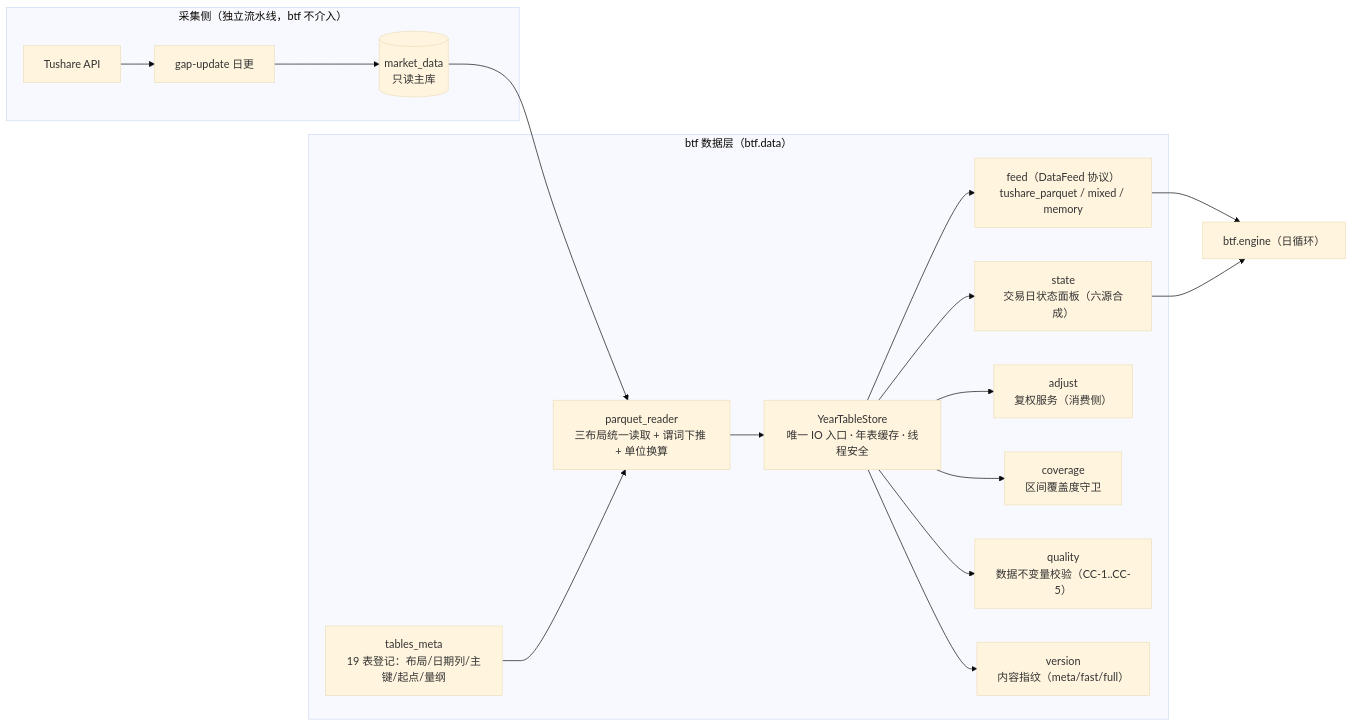
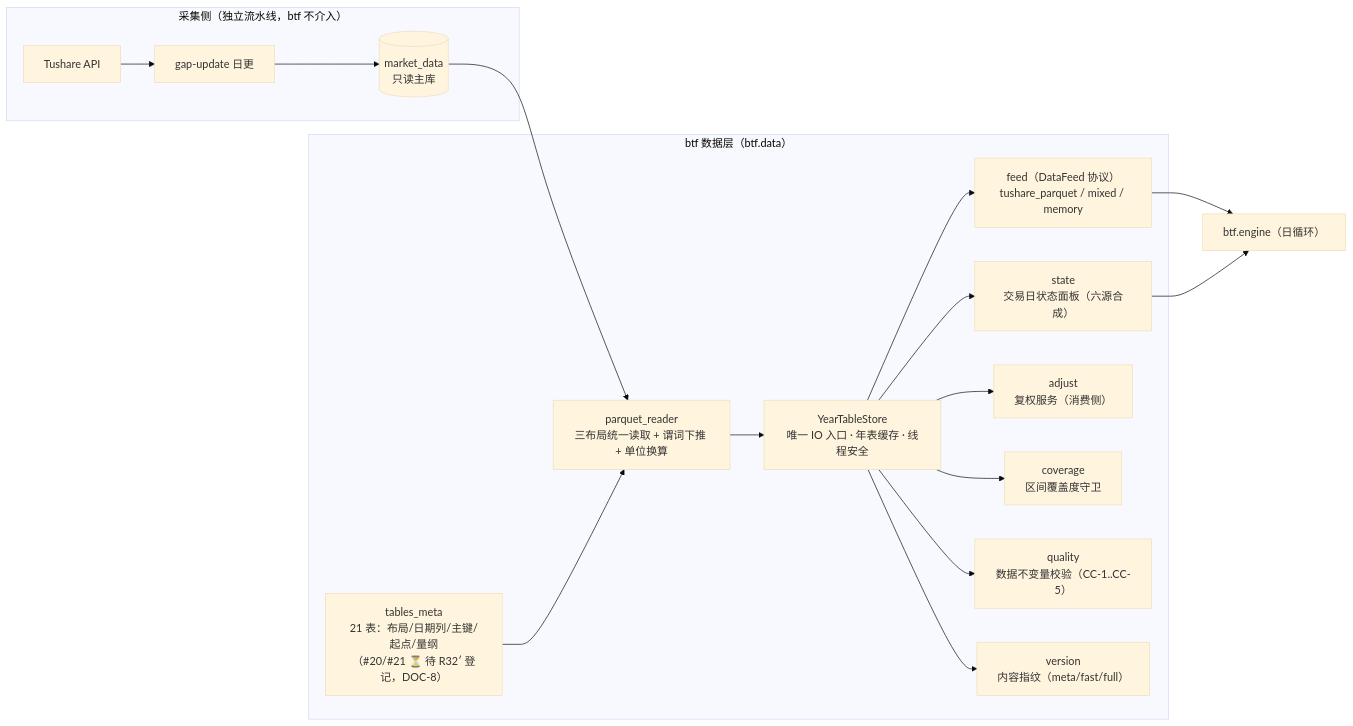
The first of 3 diagrams in 代码架构/回测工具架构/05-数据架构与数据集体系.md (1716250001/quant-strategy-infrastructure), drawn with Mermaid (base theme) before and after one commit. The commit also changed other lines of this file and 12 other files, not shown here.

````diff
--- a/代码架构/回测工具架构/05-数据架构与数据集体系.md
+++ b/代码架构/回测工具架构/05-数据架构与数据集体系.md
@@ -13,27 +13,27 @@
 ```mermaid
 flowchart LR
     subgraph 采集侧["采集侧（独立流水线，btf 不介入）"]
         TS["Tushare API"] --> GAP["gap-update 日更"] --> LIB[("market_data<br/>只读主库")]
     end
     subgraph btf["btf 数据层（btf.data）"]
-        MET["tables_meta<br/>19 表登记：布局/日期列/主键/起点/量纲"]
+        MET["tables_meta<br/>21 表：布局/日期列/主键/起点/量纲<br/>（#20/#21 ⏳ 待 R32′ 登记，DOC-8）"]
         PR["parquet_reader<br/>三布局统一读取 + 谓词下推 + 单位换算"]
         CORE["YearTableStore<br/>唯一 IO 入口 · 年表缓存 · 线程安全"]
         FEED["feed（DataFeed 协议）<br/>tushare_parquet / mixed / memory"]
         STATE["state<br/>交易日状态面板（六源合成）"]
         ADJ["adjust<br/>复权服务（消费侧）"]
         COV["coverage<br/>区间覆盖度守卫"]
         QUA["quality<br/>数据不变量校验（CC-1..CC-5）"]
         VER["version<br/>内容指纹（meta/fast/full）"]
     end
     LIB --> PR --> CORE
     MET --> PR
     CORE --> FEED
     CORE --> STATE
     CORE --> ADJ
     CORE --> COV
     CORE --> QUA
     CORE --> VER
     FEED --> ENGINE["btf.engine（日循环）"]
     STATE --> ENGINE
 ```
````
